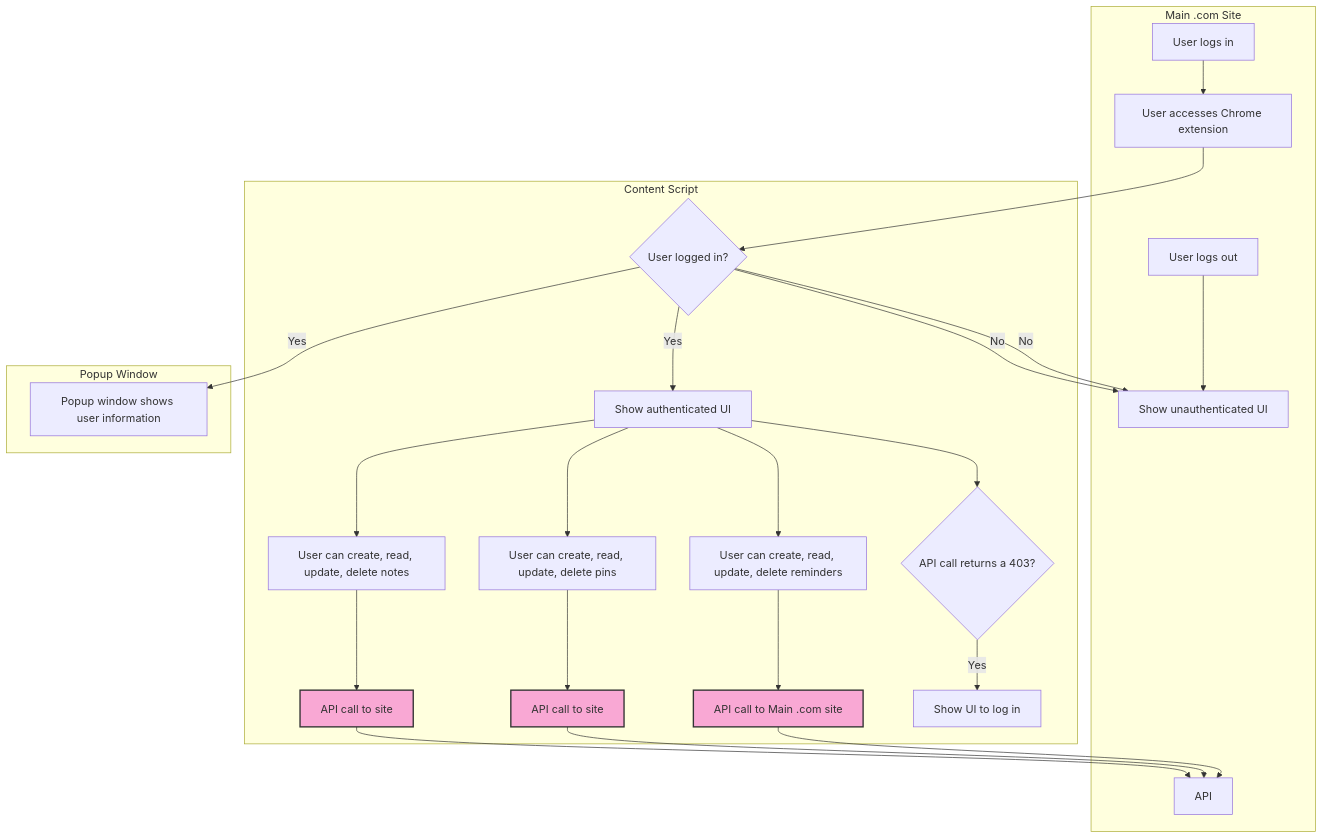
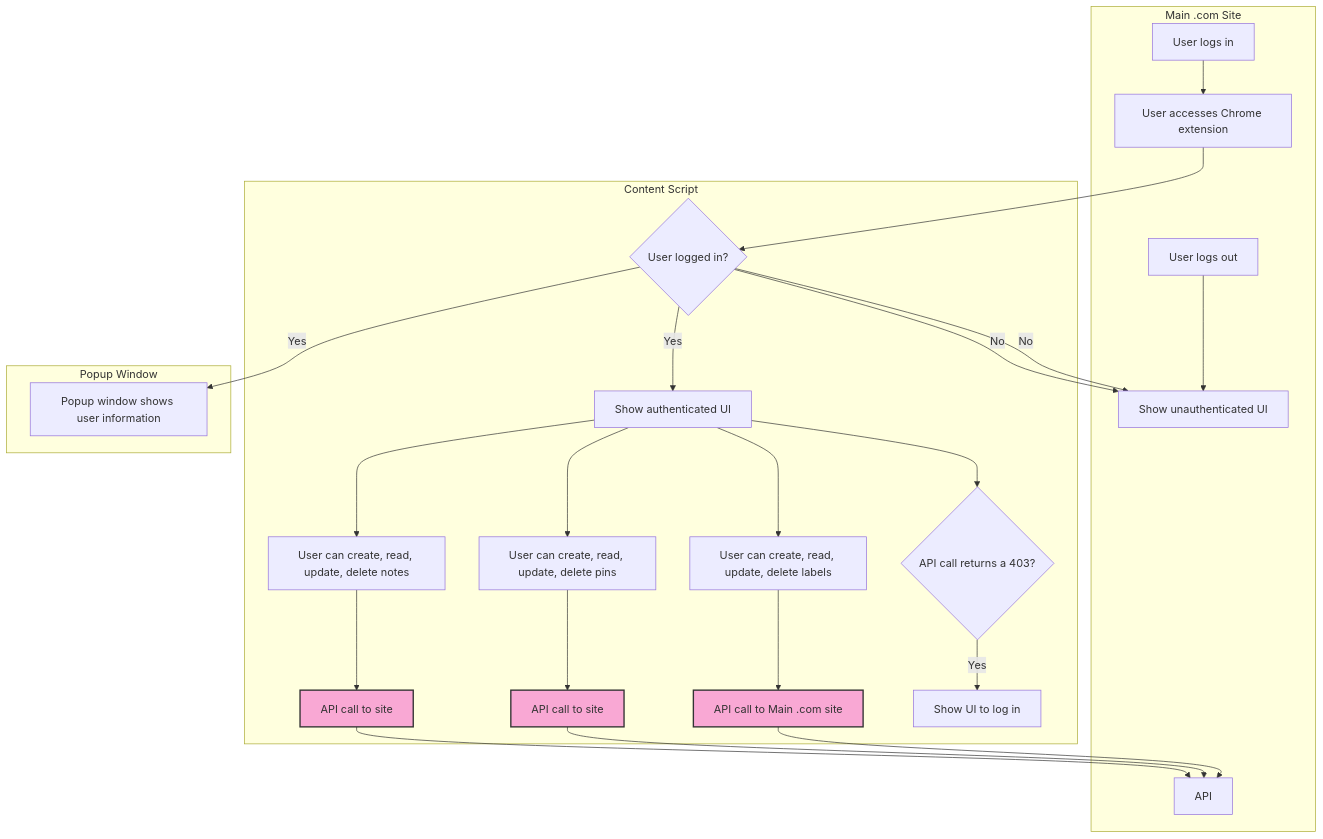
The first of 2 diagrams in README.md (siegerts/dossi-ext), drawn with Mermaid before and after one commit.

````diff
--- a/README.md
+++ b/README.md
@@ -60,35 +60,35 @@
 ```mermaid
 graph TB
     subgraph "Main .com Site"
         A[User logs in] --> B[User accesses Chrome extension]
         L[User logs out] --> M[Show unauthenticated UI]
         P[API]
     end
 
     B --> C{User logged in?}
 
     subgraph "Content Script"
         C -->|Yes| D["Show authenticated UI"]
         D --> E["User can create, read, update, delete notes"]
         E --> Z["API call to site"]
         Z --> P
         D --> F[User can create, read, update, delete pins]
         F --> Y["API call to site"]
         Y --> P
-        D --> G["User can create, read, update, delete reminders"]
+        D --> G["User can create, read, update, delete labels"]
         G --> X["API call to Main .com site"]
         X --> P
         D --> H{"API call returns a 403?"}
         H -->|Yes| I[Show UI to log in]
         C -->|No| M
     end
 
     subgraph "Popup Window"
         C -->|Yes| K[Popup window shows user information]
         C -->|No| M
     end
 
     style Z fill:#f9a8d4,stroke:#333,stroke-width:2px
     style Y fill:#f9a8d4,stroke:#333,stroke-width:2px
     style X fill:#f9a8d4,stroke:#333,stroke-width:2px
 ```
````
